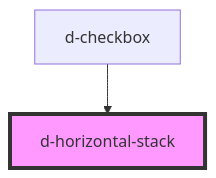
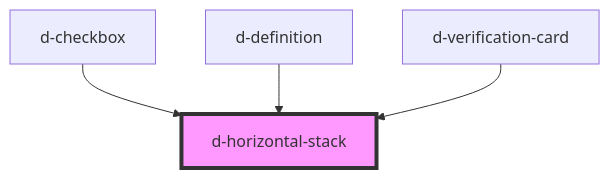
Before and after one commit to ForkbombEu/didroom-components: the diagram in src/components/horizontal-stack/readme.md, drawn with Mermaid. The commit also changed other lines of this file and 20 other files, not shown here.

First line of the commit message:
feat: verification card (#162)

````diff
--- a/src/components/horizontal-stack/readme.md
+++ b/src/components/horizontal-stack/readme.md
@@ -20,5 +22,7 @@
 ```mermaid
 graph TD;
   d-checkbox --> d-horizontal-stack
+  d-definition --> d-horizontal-stack
+  d-verification-card --> d-horizontal-stack
   style d-horizontal-stack fill:#f9f,stroke:#333,stroke-width:4px
 ```
````
